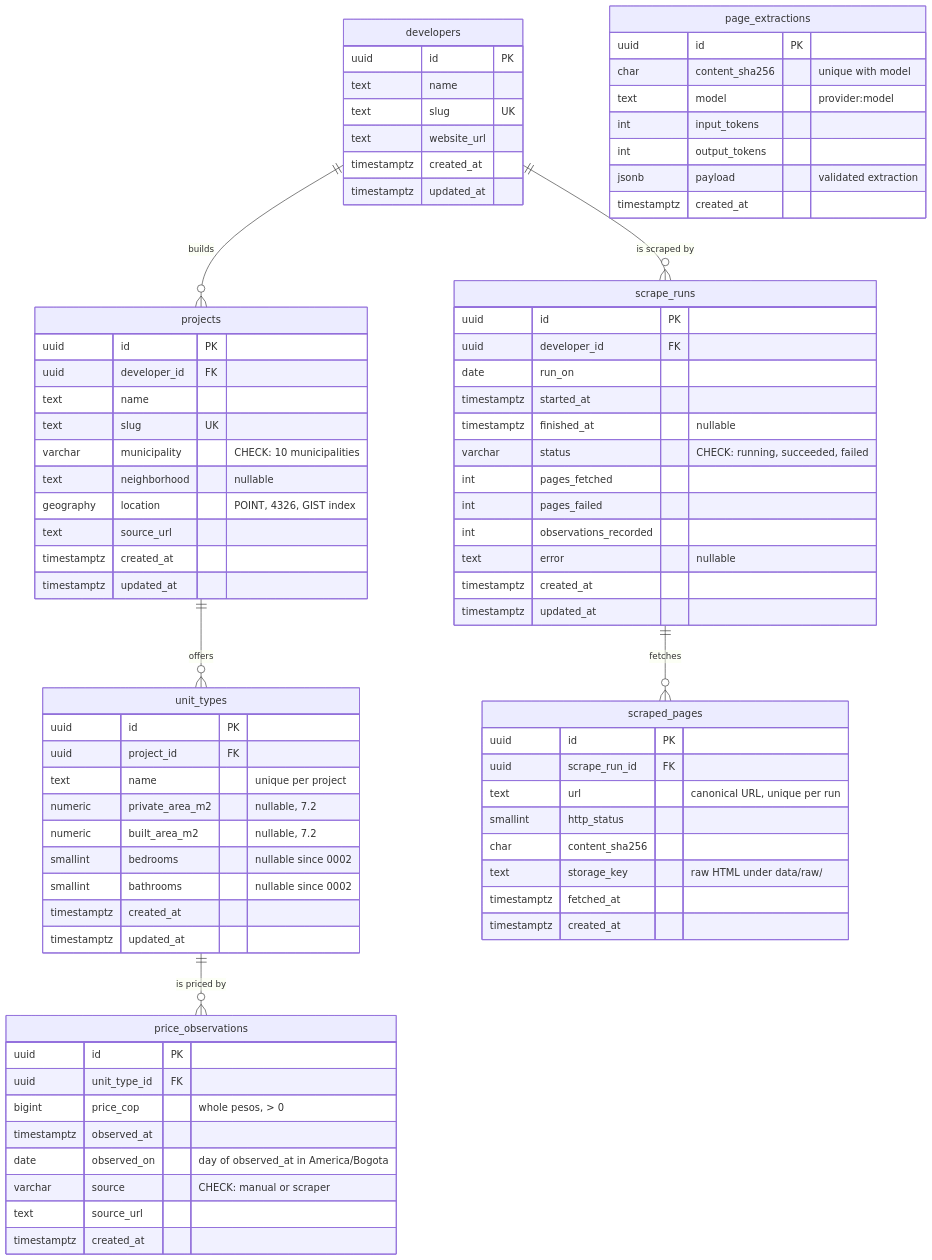
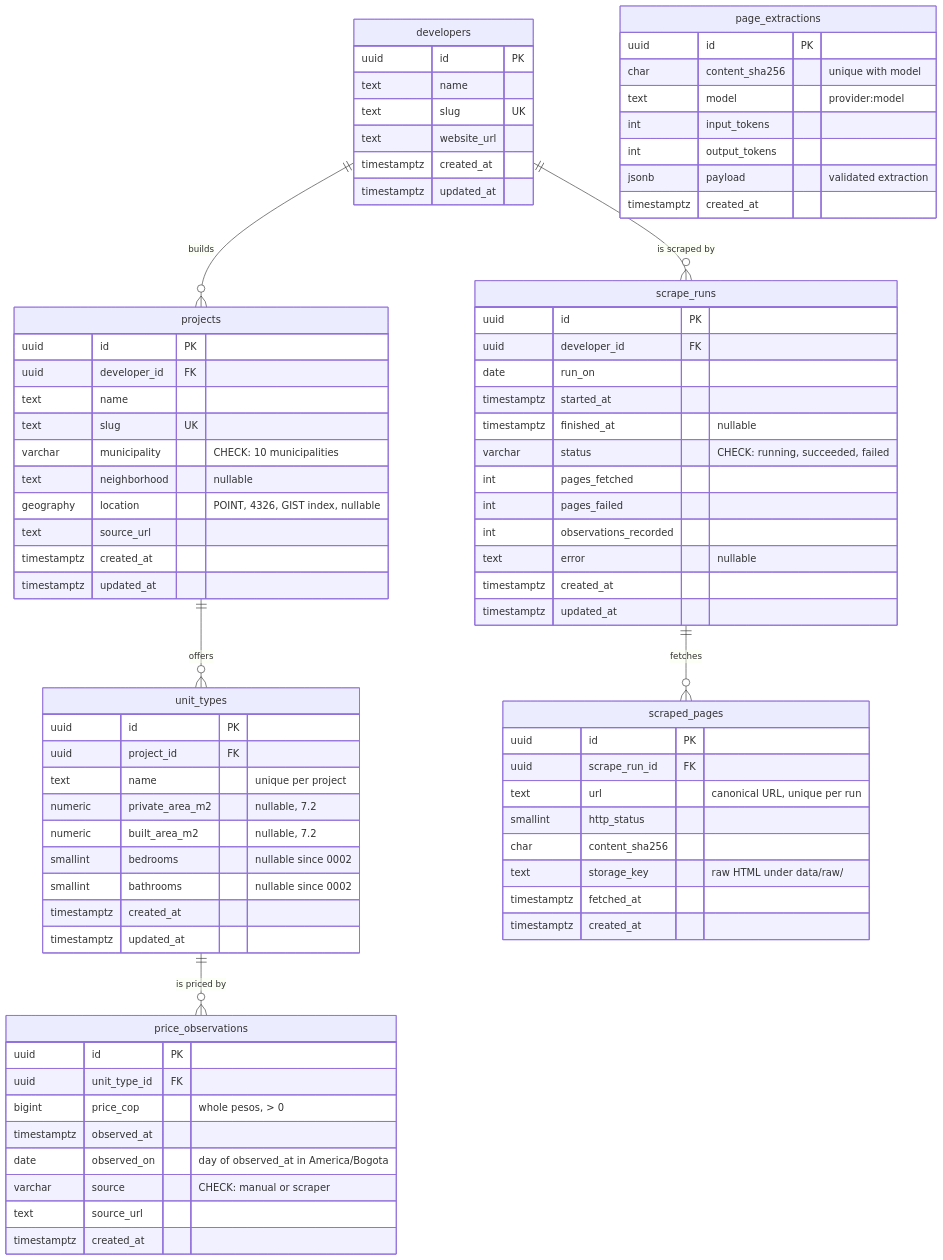
One commit to afjaramillo97/sobreplano changed the diagram in docs/schema.md. Above: the diagram before and after it, drawn with Mermaid. The commit also changed other lines of this file and 23 other files, not shown here.

```diff
--- a/docs/schema.md
+++ b/docs/schema.md
@@ -25,7 +25,7 @@
         text slug UK
         varchar municipality "CHECK: 10 municipalities"
         text neighborhood "nullable"
-        geography location "POINT, 4326, GIST index"
+        geography location "POINT, 4326, GIST index, nullable"
         text source_url
         timestamptz created_at
         timestamptz updated_at
```
